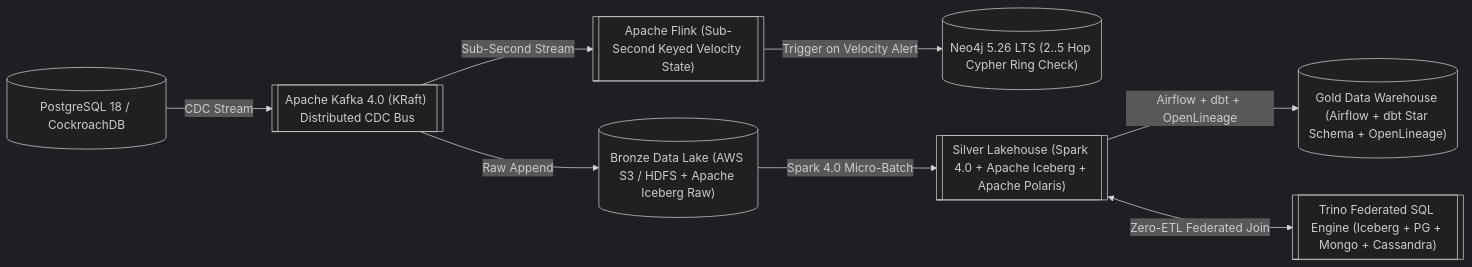
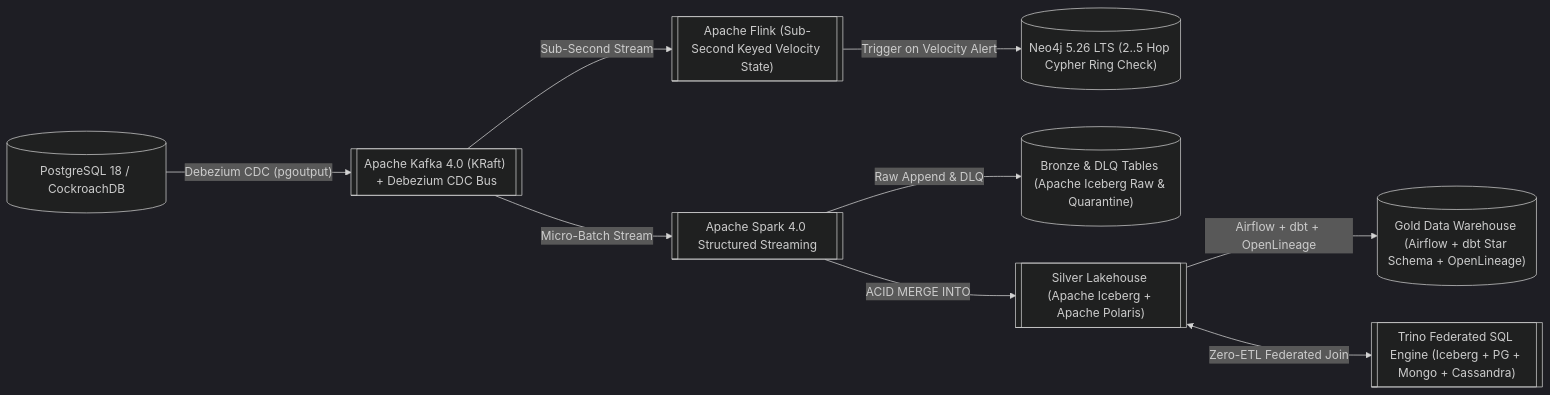
One commit to D0nG4667/gpmorgan-forge-de-portfolio changed the diagram in docs/adr/0005-lakehouse-kafka-spark-architecture.md. Above: the diagram before and after it, drawn with Mermaid (dark theme). The commit also changed other lines of this file and 5 other files, not shown here.

````diff
--- a/docs/adr/0005-lakehouse-kafka-spark-architecture.md
+++ b/docs/adr/0005-lakehouse-kafka-spark-architecture.md
@@ -29,19 +29,21 @@
 ```mermaid
 flowchart LR
     OLTP[("PostgreSQL 18 / CockroachDB")]
-    KAFKA[["Apache Kafka 4.0 (KRaft) Distributed CDC Bus"]]
+    KAFKA[["Apache Kafka 4.0 (KRaft) + Debezium CDC Bus"]]
     FLINK[["Apache Flink (Sub-Second Keyed Velocity State)"]]
     NEO[("Neo4j 5.26 LTS (2..5 Hop Cypher Ring Check)")]
-    BRONZE[("Bronze Data Lake (AWS S3 / HDFS + Apache Iceberg Raw)")]
-    SILVER[["Silver Lakehouse (Spark 4.0 + Apache Iceberg + Apache Polaris)"]]
+    SPARK[["Apache Spark 4.0 Structured Streaming"]]
+    BRONZE[("Bronze & DLQ Tables (Apache Iceberg Raw & Quarantine)")]
+    SILVER[["Silver Lakehouse (Apache Iceberg + Apache Polaris)"]]
     TRINO[["Trino Federated SQL Engine (Iceberg + PG + Mongo + Cassandra)"]]
     GOLD_DW[("Gold Data Warehouse (Airflow + dbt Star Schema + OpenLineage)")]
 
-    OLTP -->|"CDC Stream"| KAFKA
+    OLTP -->|"Debezium CDC (pgoutput)"| KAFKA
     KAFKA -->|"Sub-Second Stream"| FLINK
     FLINK -->|"Trigger on Velocity Alert"| NEO
-    KAFKA -->|"Raw Append"| BRONZE
-    BRONZE -->|"Spark 4.0 Micro-Batch"| SILVER
+    KAFKA -->|"Micro-Batch Stream"| SPARK
+    SPARK -->|"Raw Append & DLQ"| BRONZE
+    SPARK -->|"ACID MERGE INTO"| SILVER
     SILVER -->|"Airflow + dbt + OpenLineage"| GOLD_DW
     SILVER <-->|"Zero-ETL Federated Join"| TRINO
 ```
````
